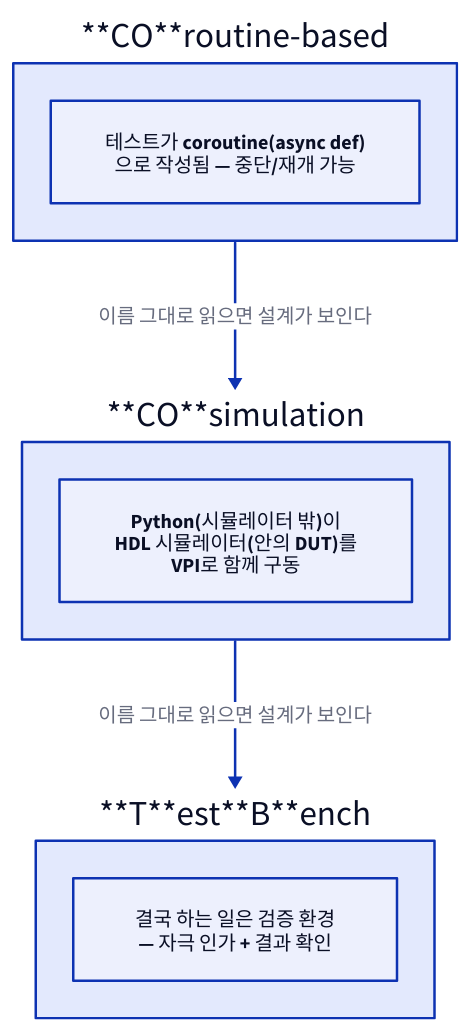
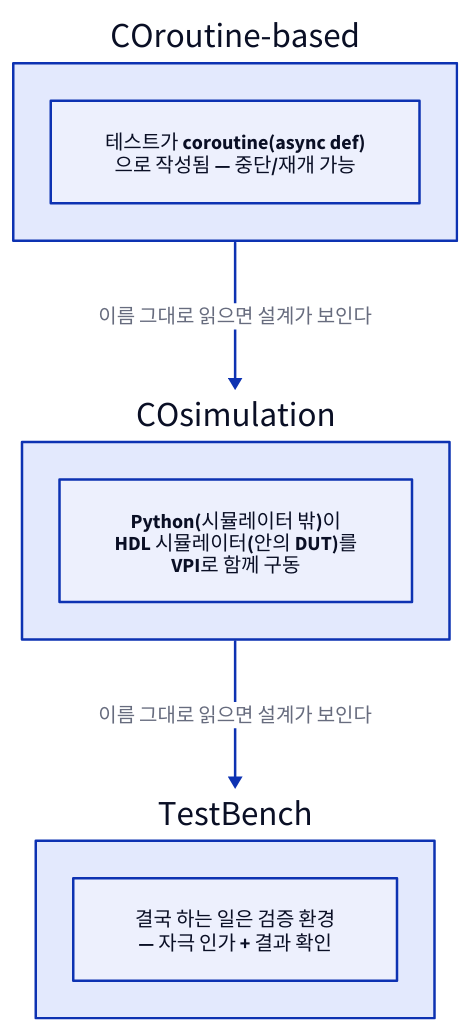
One commit to humbleowl39/DV_SKOOL changed the second of 2 diagrams in starlight_site/src/content/docs/cocotb/01_what_is_cocotb.md. Above: the diagram before and after it, drawn with D2. The commit also changed other lines of this file and 714 other files, not shown here.

First line of the commit message:
fix(site): d2 다이어그램 가독성 결함 6종 일괄 수정

````diff
--- a/starlight_site/src/content/docs/cocotb/01_what_is_cocotb.md
+++ b/starlight_site/src/content/docs/cocotb/01_what_is_cocotb.md
@@ -78,14 +78,14 @@
 ```d2
 direction: down
 
-N1: "**CO**routine-based" {
+N1: "COroutine-based" {
   d1: "테스트가 coroutine(async def)\n으로 작성됨 — 중단/재개 가능"
 }
-N2: "**CO**simulation" {
+N2: "COsimulation" {
   d2: "Python(시뮬레이터 밖)이\nHDL 시뮬레이터(안의 DUT)를\nVPI로 함께 구동"
 }
-N3: "**T**est**B**ench" {
+N3: "TestBench" {
   d3: "결국 하는 일은 검증 환경\n— 자극 인가 + 결과 확인"
 }
 N1 -> N2 -> N3: "이름 그대로 읽으면 설계가 보인다"
 ```
````
